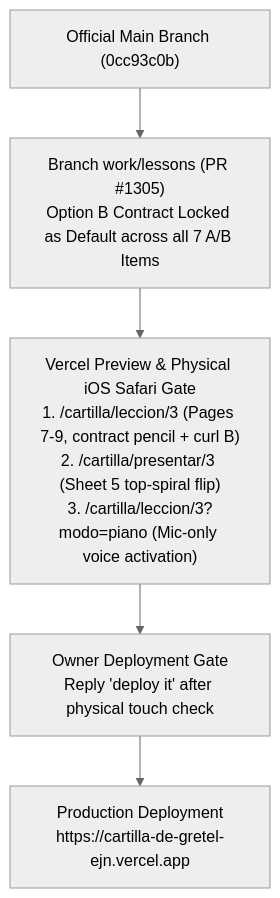
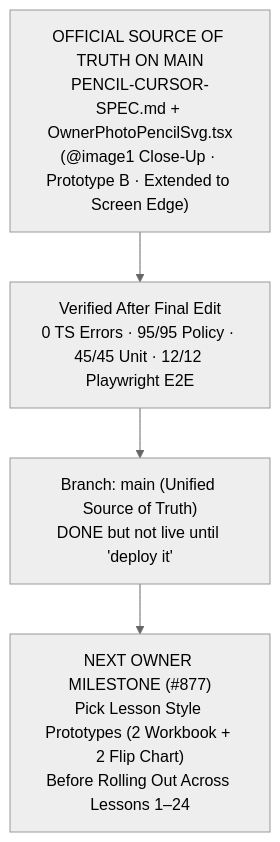
Before and after one commit to ejnburrows-rgb/cartilla-de-gretel: the diagram in docs/OWNER-VISUAL-STATUS.md, drawn with Mermaid (neutral theme). The commit also changed other lines of this file and 19 other files, not shown here.

First line of the commit message:
feat(prototypes): top two pencil cursor prototypes with unclipped extended @image1 close-up (#1312)

````diff
--- a/docs/OWNER-VISUAL-STATUS.md
+++ b/docs/OWNER-VISUAL-STATUS.md
@@ -17,13 +16,9 @@
 ```mermaid
 flowchart TD
-    MAIN["Official Main Branch (0cc93c0b)"]
-    WORK["Branch work/lessons (PR #1305)<br/>Option B Contract Locked as Default across all 7 A/B Items"]
-    PREVIEW["Vercel Preview & Physical iOS Safari Gate<br/>1. /cartilla/leccion/3 (Pages 7-9, contract pencil + curl B)<br/>2. /cartilla/presentar/3 (Sheet 5 top-spiral flip)<br/>3. /cartilla/leccion/3?modo=piano (Mic-only voice activation)"]
-    GATE["Owner Deployment Gate<br/>Reply 'deploy it' after physical touch check"]
-    PROD["Production Deployment<br/>https://cartilla-de-gretel-ejn.vercel.app"]
+    SPEC["OFFICIAL SOURCE OF TRUTH ON MAIN<br/>PENCIL-CURSOR-SPEC.md + OwnerPhotoPencilSvg.tsx<br/>(@image1 Close-Up · Prototype B · Extended to Screen Edge)"]
+    TEST["Verified After Final Edit<br/>0 TS Errors · 95/95 Policy · 45/45 Unit · 12/12 Playwright E2E"]
+    MAIN["Branch: main (Unified Source of Truth)<br/>DONE but not live until 'deploy it'"]
+    NEXT["NEXT OWNER MILESTONE (#877)<br/>Pick Lesson Style Prototypes (2 Workbook + 2 Flip Chart)<br/>Before Rolling Out Across Lessons 1–24"]
 
-    MAIN --> WORK
-    WORK --> PREVIEW
-    PREVIEW --> GATE
-    GATE --> PROD
+    SPEC --> TEST --> MAIN --> NEXT
 ```
````
